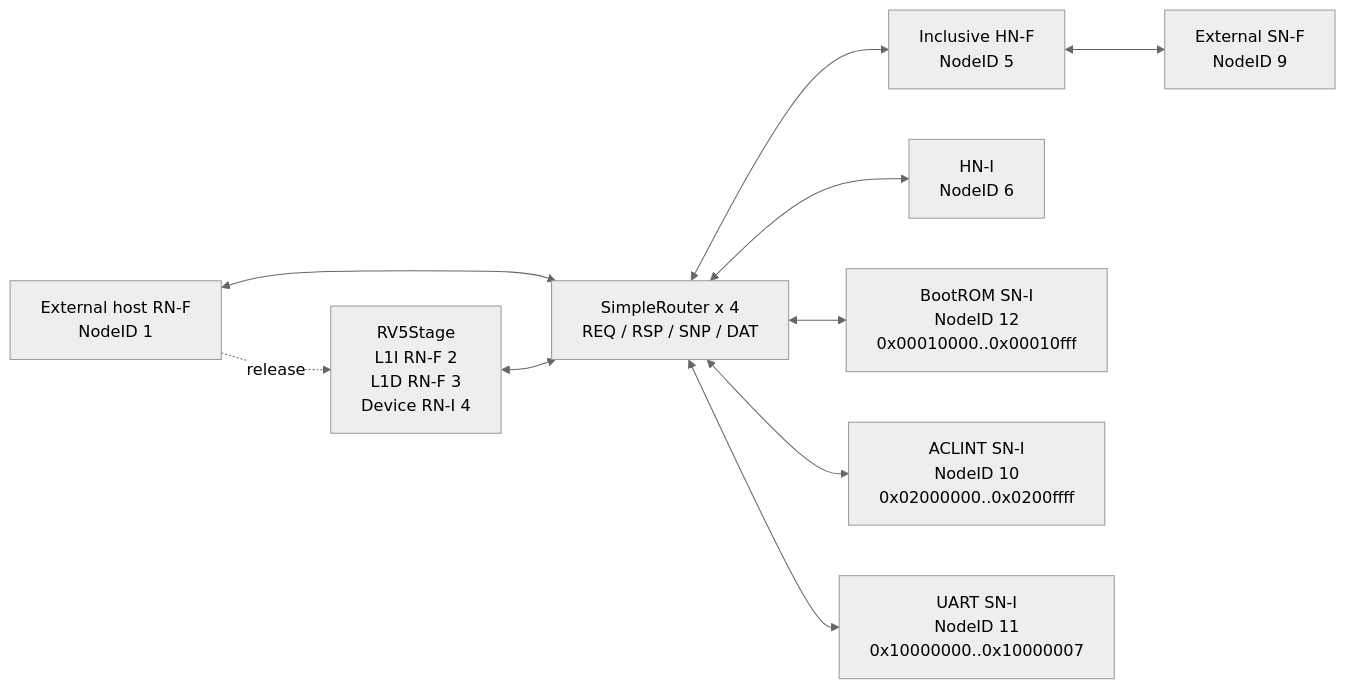
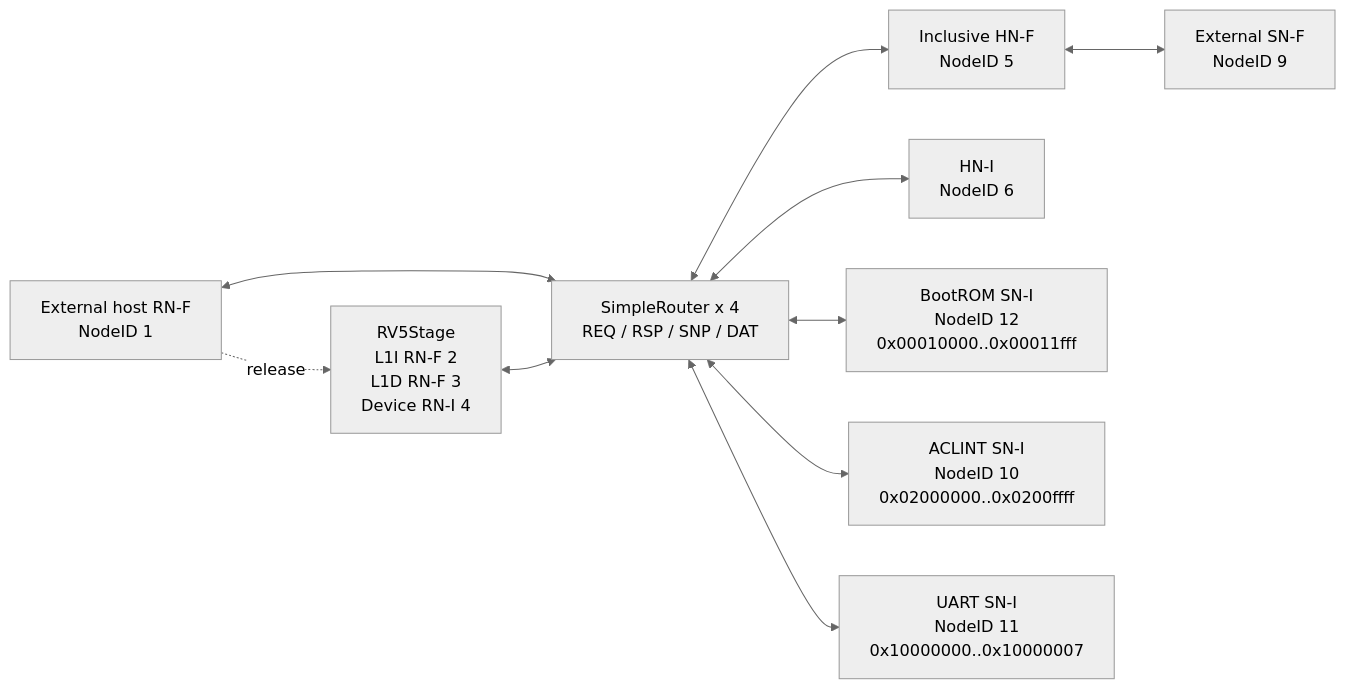
The first of 2 diagrams in socs/README.md (jerryz123/rhodium), drawn with Mermaid (neutral theme) before and after one commit. The commit also changed other lines of this file and 16 other files, not shown here.

````diff
--- a/socs/README.md
+++ b/socs/README.md
@@ -105,22 +106,22 @@
 ```mermaid
 flowchart LR
   Host["External host RN-F<br/>NodeID 1"]
   Core["RV5Stage<br/>L1I RN-F 2<br/>L1D RN-F 3<br/>Device RN-I 4"]
   Fabric["SimpleRouter x 4<br/>REQ / RSP / SNP / DAT"]
   MemoryHome["Inclusive HN-F<br/>NodeID 5"]
   ExternalMemory["External SN-F<br/>NodeID 9"]
   DeviceHome["HN-I<br/>NodeID 6"]
-  BootROM["BootROM SN-I<br/>NodeID 12<br/>0x00010000..0x00010fff"]
+  BootROM["BootROM SN-I<br/>NodeID 12<br/>0x00010000..0x00011fff"]
   ACLINT["ACLINT SN-I<br/>NodeID 10<br/>0x02000000..0x0200ffff"]
   UART["UART SN-I<br/>NodeID 11<br/>0x10000000..0x10000007"]
 
   Host <--> Fabric
   Core <--> Fabric
   Fabric <--> MemoryHome
   MemoryHome <--> ExternalMemory
   Fabric <--> DeviceHome
   Fabric <--> BootROM
   Fabric <--> ACLINT
   Fabric <--> UART
   Host -. release .-> Core
 ```
````
